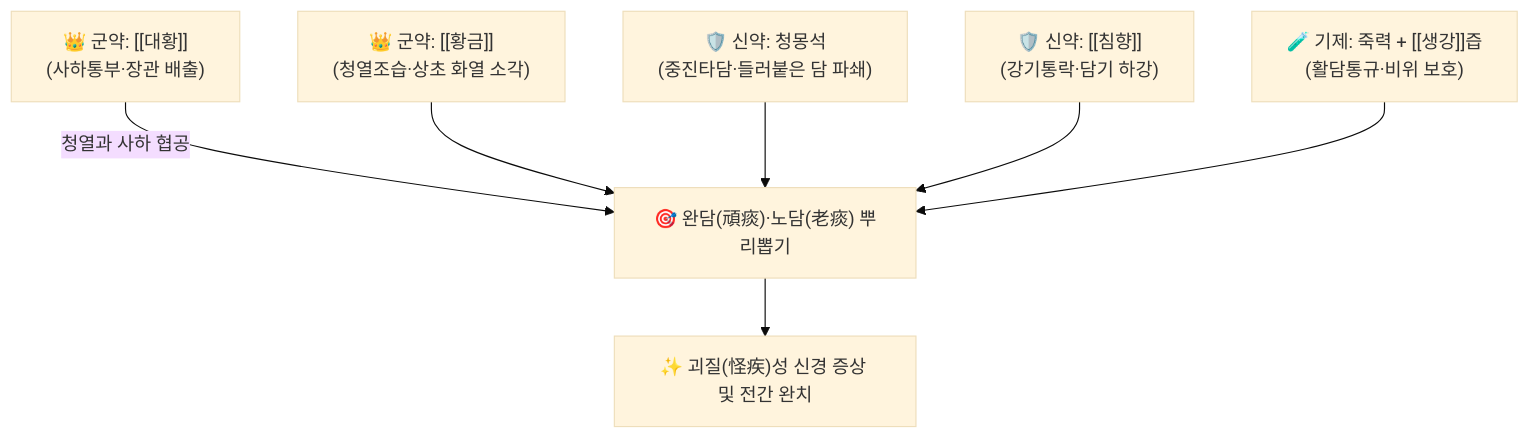
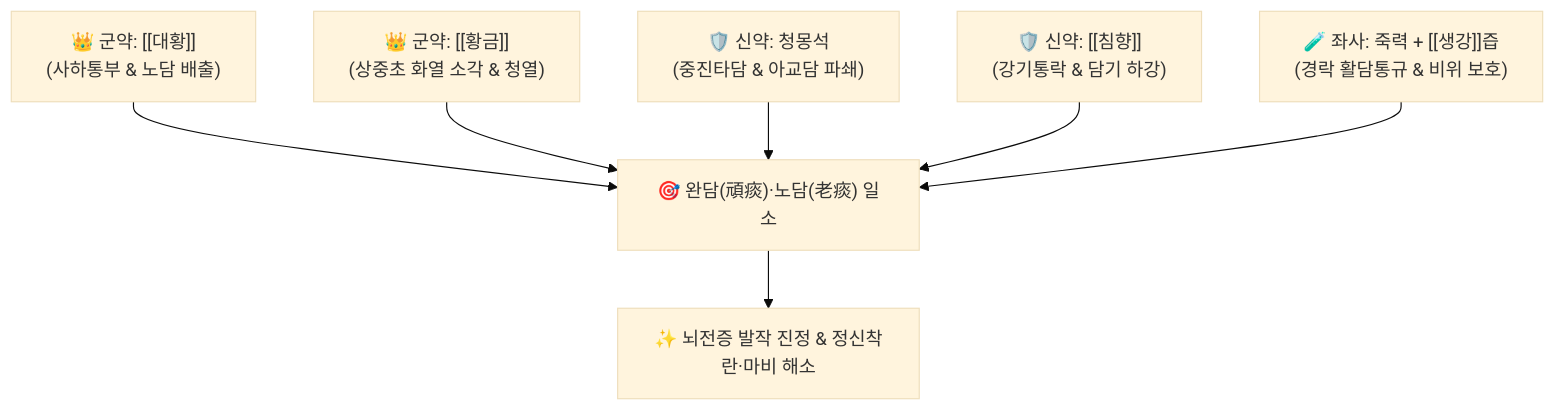
One commit to simbio11/simbio-digital-garden2 changed the diagram in content/2. 약리 공부/처방/03_화담·거습·이수제/죽력달담환.md. Above: the diagram before and after it, drawn with Mermaid (base theme). The commit also changed other lines of this file and 248 other files, not shown here.

````diff
--- a/content/2. 약리 공부/처방/03_화담·거습·이수제/죽력달담환.md
+++ b/content/2. 약리 공부/처방/03_화담·거습·이수제/죽력달담환.md
@@ -38,9 +39,9 @@
 ```mermaid
 graph TD
-    Gun1["👑 군약: [[대황]]<br>(사하통부·장관 배출)"] -->|청열과 사하 협공| Goal["🎯 완담(頑痰)·노담(老痰) 뿌리뽑기"]
-    Gun2["👑 군약: [[황금]]<br>(청열조습·상초 화열 소각)"] --> Goal
-    Sin1["🛡️ 신약: 청몽석<br>(중진타담·들러붙은 담 파쇄)"] --> Goal
-    Sin2["🛡️ 신약: [[침향]]<br>(강기통락·담기 하강)"] --> Goal
-    Solv["🧪 기제: 죽력 + [[생강]]즙<br>(활담통규·비위 보호)"] --> Goal
-    Goal --> Outcome["✨ 괴질(怪疾)성 신경 증상 및 전간 완치"]
+    Gun1["👑 군약: [[대황]]<br>(사하통부 & 노담 배출)"] --> Goal["🎯 완담(頑痰)·노담(老痰) 일소"]
+    Gun2["👑 군약: [[황금]]<br>(상중초 화열 소각 & 청열)"] --> Goal
+    Sin1["🛡️ 신약: 청몽석<br>(중진타담 & 아교담 파쇄)"] --> Goal
+    Sin2["🛡️ 신약: [[침향]]<br>(강기통락 & 담기 하강)"] --> Goal
+    Solv["🧪 좌사: 죽력 + [[생강]]즙<br>(경락 활담통규 & 비위 보호)"] --> Goal
+    Goal --> Outcome["✨ 뇌전증 발작 진정 & 정신착란·마비 해소"]
 ```
````
